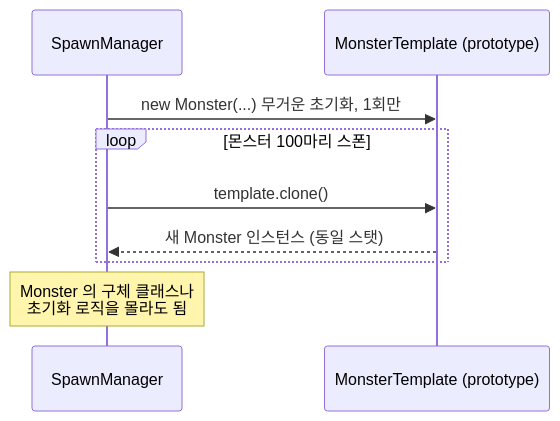
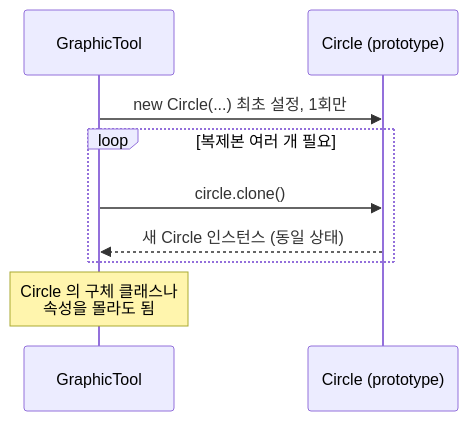
One commit to youngmin-gwon/what-i-studied changed the second of 3 diagrams in 02_references/oop/design_pattern/creational/Prototype Pattern.md. Above: the diagram before and after it, drawn with Mermaid. The commit also changed other lines of this file and 17 other files, not shown here.

````diff
--- a/02_references/oop/design_pattern/creational/Prototype Pattern.md
+++ b/02_references/oop/design_pattern/creational/Prototype Pattern.md
@@ -46,12 +49,12 @@
 ```mermaid
 sequenceDiagram
-    participant Client as SpawnManager
-    participant Template as MonsterTemplate (prototype)
+    participant Client as GraphicTool
+    participant Proto as Circle (prototype)
 
-    Client->>Template: new Monster(...) 무거운 초기화, 1회만
-    loop 몬스터 100마리 스폰
-        Client->>Template: template.clone()
-        Template-->>Client: 새 Monster 인스턴스 (동일 스탯)
+    Client->>Proto: new Circle(...) 최초 설정, 1회만
+    loop 복제본 여러 개 필요
+        Client->>Proto: circle.clone()
+        Proto-->>Client: 새 Circle 인스턴스 (동일 상태)
     end
-    Note over Client: Monster 의 구체 클래스나<br/>초기화 로직을 몰라도 됨
+    Note over Client: Circle 의 구체 클래스나<br/>속성을 몰라도 됨
 ```
````
